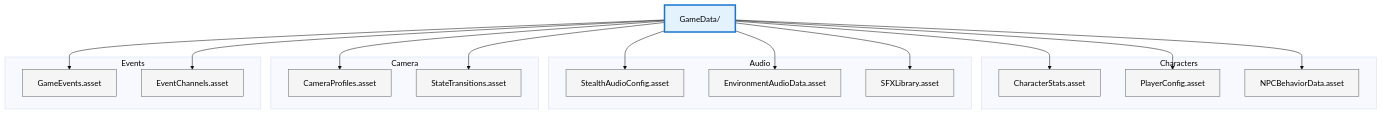
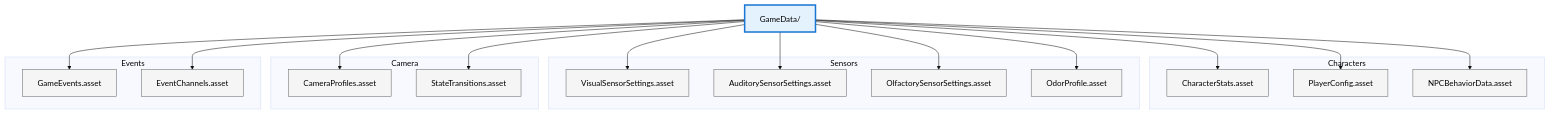
The fourth of 7 diagrams in DESIGN.md (u-satoru/URP3D_Base01), drawn with Mermaid (base theme) before and after one commit. The commit also changed other lines of this file and 378 other files, not shown here.

````diff
--- a/DESIGN.md
+++ b/DESIGN.md
@@ -220,43 +237,38 @@
 ```mermaid
 flowchart TB
     A["GameData/"]
 
     subgraph "Characters"
         B1["CharacterStats.asset"]
         B2["PlayerConfig.asset"]
         B3["NPCBehaviorData.asset"]
     end
 
-    subgraph "Audio"
-        C1["StealthAudioConfig.asset"]
-        C2["EnvironmentAudioData.asset"]
-        C3["SFXLibrary.asset"]
+    subgraph "Sensors"
+        C1["VisualSensorSettings.asset"]
+        C2["AuditorySensorSettings.asset"]
+        C3["OlfactorySensorSettings.asset"]
+        C4["OdorProfile.asset"]
     end
 
     subgraph "Camera"
         D1["CameraProfiles.asset"]
         D2["StateTransitions.asset"]
     end
 
     subgraph "Events"
         E1["GameEvents.asset"]
         E2["EventChannels.asset"]
     end
 
-    A --> B1
-    A --> B2
-    A --> B3
-    A --> C1
-    A --> C2
-    A --> C3
-    A --> D1
-    A --> D2
-    A --> E1
-    A --> E2
+    A --> B1; A --> B2; A --> B3
+    A --> C1; A --> C2; A --> C3; A --> C4
+    A --> D1; A --> D2
+    A --> E1; A --> E2
 
     classDef root fill:#e3f2fd,stroke:#1976d2,stroke-width:3px,color:#000
     classDef asset fill:#f5f5f5,stroke:#616161,stroke-width:1px,color:#000
 
     class A root
-    class B1,B2,B3,C1,C2,C3,D1,D2,E1,E2 asset
+    class B1,B2,B3,C1,C2,C3,C4,D1,D2,E1,E2 asset
 ```
````
